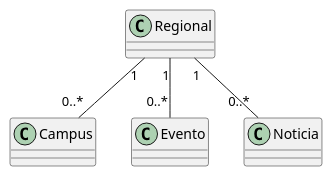
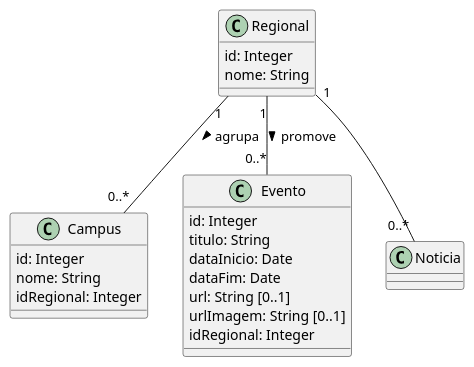
The diagram in Integracao/entidades/Entidade-Regional.md (joseduardogon/Minha_UFG_Grupo_Cinza), drawn with PlantUML before and after one commit. The commit also changed other lines of this file and 131 other files, not shown here.

````diff
--- a/Integracao/entidades/Entidade-Regional.md
+++ b/Integracao/entidades/Entidade-Regional.md
@@ -44,9 +45,24 @@
 ```plantuml
-class Regional
-class Campus
-class Evento
+class Regional {
+  id: Integer
+  nome: String
+}
+class Campus {
+  id: Integer
+  nome: String
+  idRegional: Integer
+}
+class Evento {
+  id: Integer
+  titulo: String
+  dataInicio: Date
+  dataFim: Date
+  url: String [0..1]
+  urlImagem: String [0..1]
+  idRegional: Integer
+}
 class Noticia
-Regional "1" -- "0..*" Campus
-Regional "1" -- "0..*" Evento
+Regional "1" -- "0..*" Campus : agrupa >
+Regional "1" -- "0..*" Evento : promove >
 Regional "1" -- "0..*" Noticia
 ```
````
